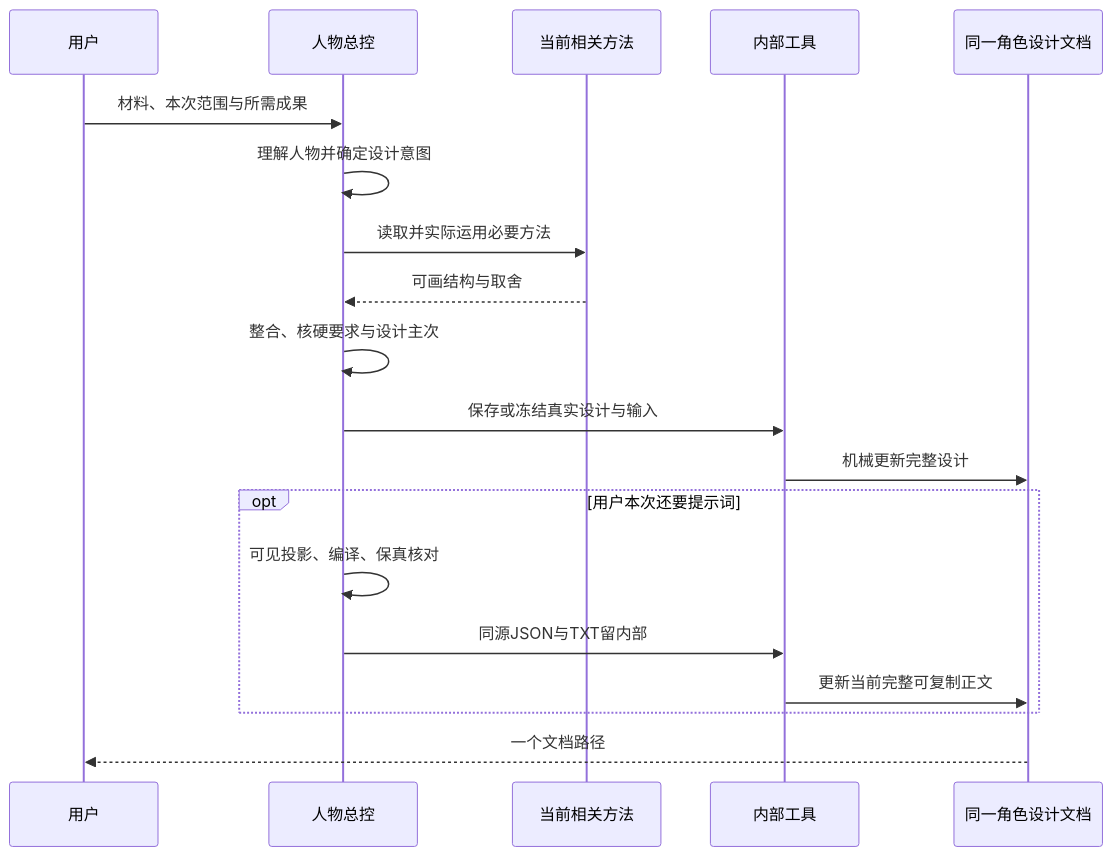
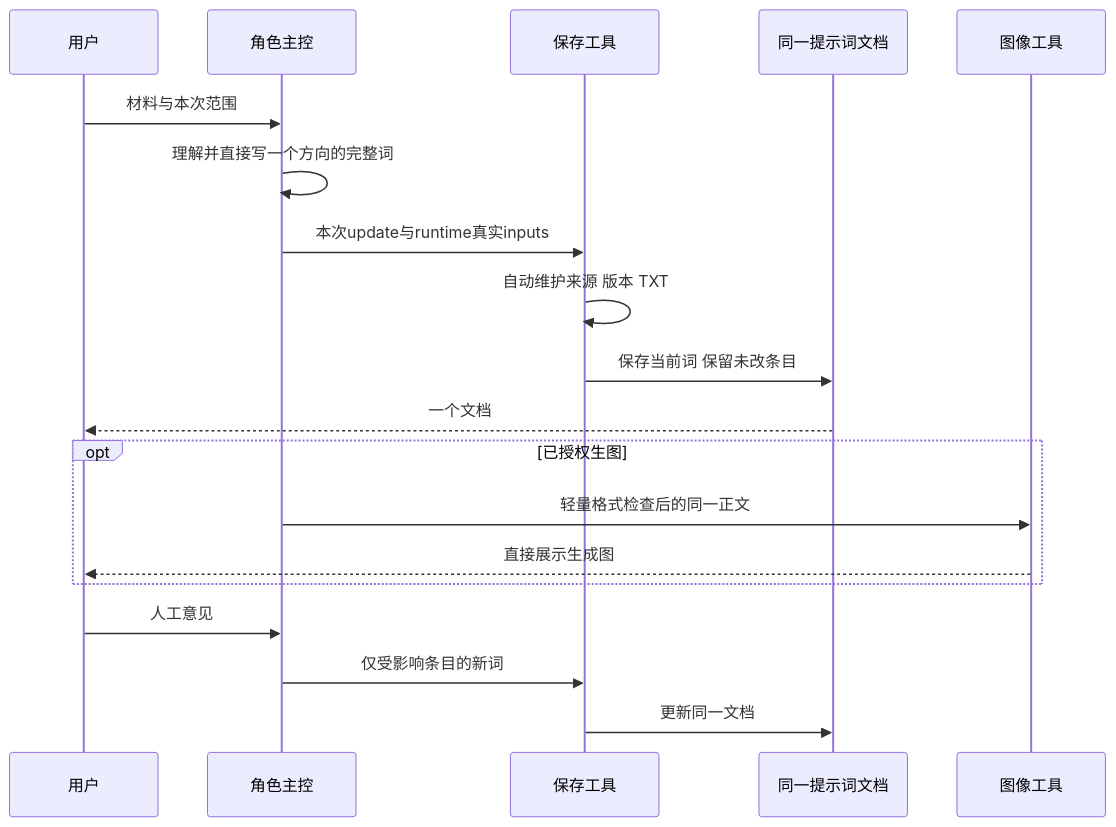
The second of 3 diagrams in character-assets/README.md (kaibaoxiang-studio/ZiChan), drawn with Mermaid before and after one commit. The commit also changed other lines of this file and 71 other files, not shown here.

````diff
--- a/character-assets/README.md
+++ b/character-assets/README.md
@@ -56,21 +51,21 @@
 ```mermaid
 sequenceDiagram
   participant U as 用户
-  participant M as 人物总控
-  participant S as 当前相关方法
-  participant I as 内部工具
-  participant D as 同一角色设计文档
-  U->>M: 材料、本次范围与所需成果
-  M->>M: 理解人物并确定设计意图
-  M->>S: 读取并实际运用必要方法
-  S-->>M: 可画结构与取舍
-  M->>M: 整合、核硬要求与设计主次
-  M->>I: 保存或冻结真实设计与输入
-  I->>D: 机械更新完整设计
-  opt 用户本次还要提示词
-    M->>M: 可见投影、编译、保真核对
-    M->>I: 同源JSON与TXT留内部
-    I->>D: 更新当前完整可复制正文
+  participant M as 角色主控
+  participant T as 保存工具
+  participant D as 同一提示词文档
+  participant I as 图像工具
+  U->>M: 材料与本次范围
+  M->>M: 理解并直接写一个方向的完整词
+  M->>T: 本次update与runtime真实inputs
+  T->>T: 自动维护来源 版本 TXT
+  T->>D: 保存当前词 保留未改条目
+  D-->>U: 一个文档
+  opt 已授权生图
+    M->>I: 轻量格式检查后的同一正文
+    I-->>U: 直接展示生成图
   end
-  D-->>U: 一个文档路径
+  U->>M: 人工意见
+  M->>T: 仅受影响条目的新词
+  T->>D: 更新同一文档
 ```
````
